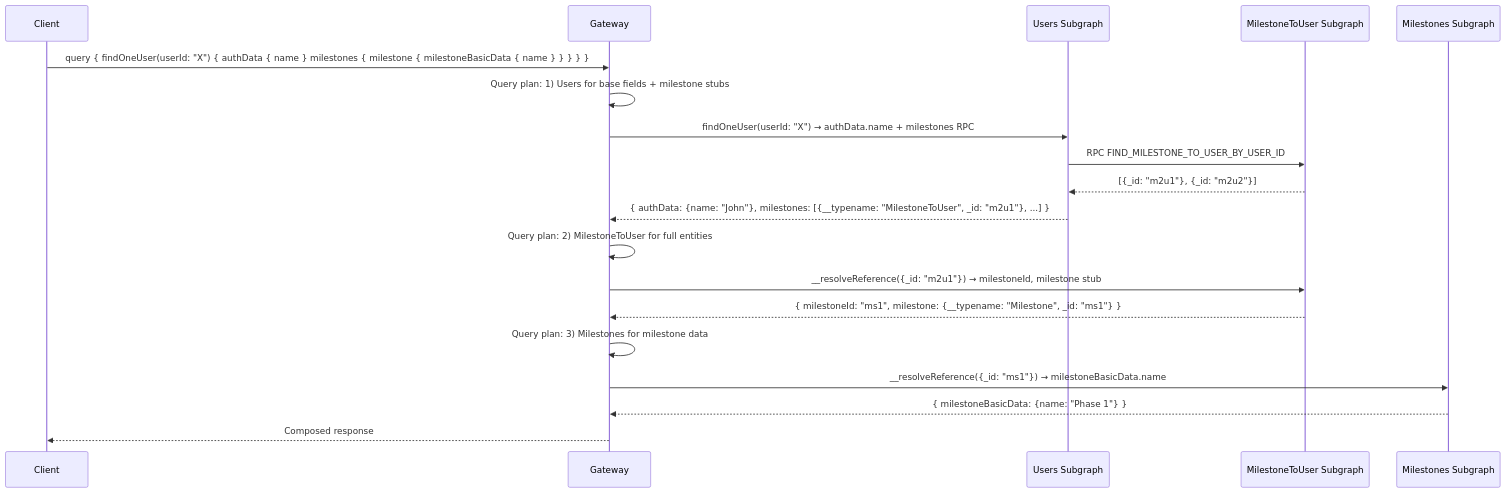
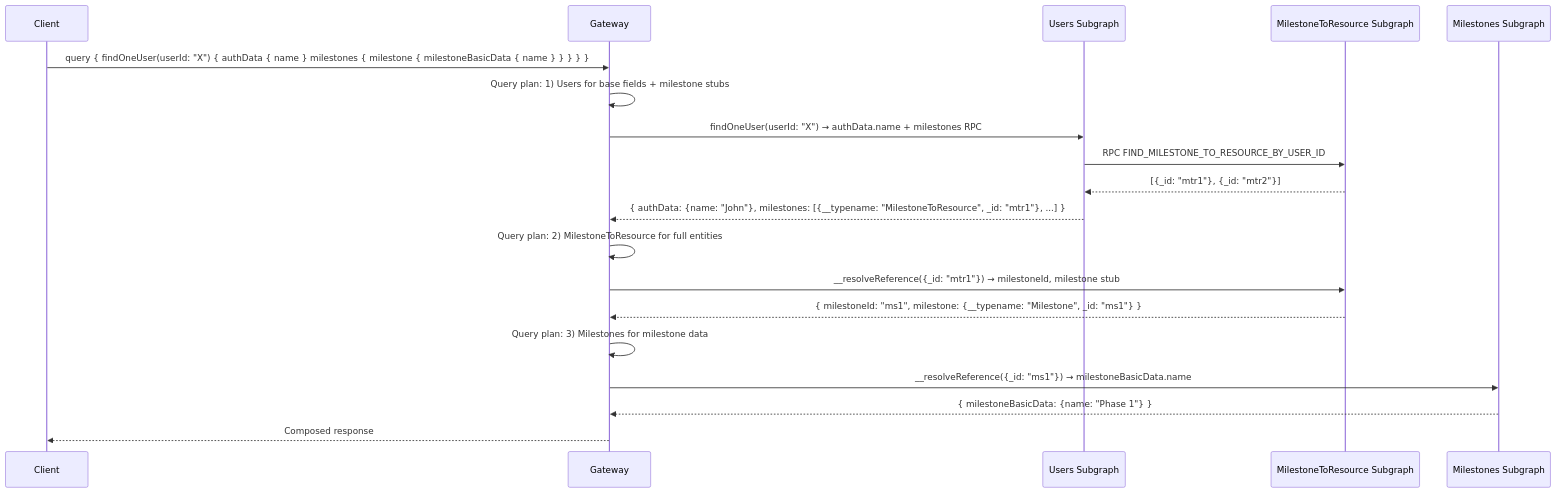
Before and after one commit to CucuProject/cucu-docs: the second of 2 diagrams in docs/architecture/federation.md, drawn with Mermaid. The commit also changed other lines of this file and 31 other files, not shown here.

````diff
--- a/docs/architecture/federation.md
+++ b/docs/architecture/federation.md
@@ -225,26 +225,26 @@
 ```mermaid
 sequenceDiagram
     participant Client
     participant Gateway
     participant Users as Users Subgraph
-    participant M2U as MilestoneToUser Subgraph
+    participant MTR as MilestoneToResource Subgraph
     participant Milestones as Milestones Subgraph
 
     Client->>Gateway: query { findOneUser(userId: "X") { authData { name } milestones { milestone { milestoneBasicData { name } } } } }
     
     Gateway->>Gateway: Query plan: 1) Users for base fields + milestone stubs
     Gateway->>Users: findOneUser(userId: "X") → authData.name + milestones RPC
-    Users->>M2U: RPC FIND_MILESTONE_TO_USER_BY_USER_ID
-    M2U-->>Users: [{_id: "m2u1"}, {_id: "m2u2"}]
-    Users-->>Gateway: { authData: {name: "John"}, milestones: [{__typename: "MilestoneToUser", _id: "m2u1"}, ...] }
+    Users->>MTR: RPC FIND_MILESTONE_TO_RESOURCE_BY_USER_ID
+    MTR-->>Users: [{_id: "mtr1"}, {_id: "mtr2"}]
+    Users-->>Gateway: { authData: {name: "John"}, milestones: [{__typename: "MilestoneToResource", _id: "mtr1"}, ...] }
     
-    Gateway->>Gateway: Query plan: 2) MilestoneToUser for full entities
-    Gateway->>M2U: __resolveReference({_id: "m2u1"}) → milestoneId, milestone stub
-    M2U-->>Gateway: { milestoneId: "ms1", milestone: {__typename: "Milestone", _id: "ms1"} }
+    Gateway->>Gateway: Query plan: 2) MilestoneToResource for full entities
+    Gateway->>MTR: __resolveReference({_id: "mtr1"}) → milestoneId, milestone stub
+    MTR-->>Gateway: { milestoneId: "ms1", milestone: {__typename: "Milestone", _id: "ms1"} }
     
     Gateway->>Gateway: Query plan: 3) Milestones for milestone data
     Gateway->>Milestones: __resolveReference({_id: "ms1"}) → milestoneBasicData.name
     Milestones-->>Gateway: { milestoneBasicData: {name: "Phase 1"} }
     
     Gateway-->>Client: Composed response
 ```
````
